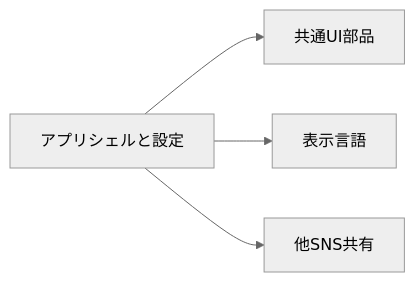
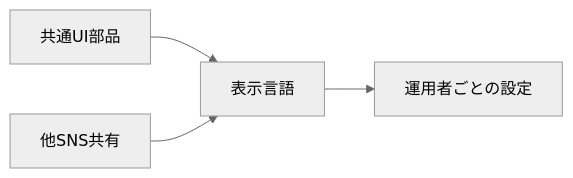
One commit to nekono-dev/skyshare changed the first of 3 diagrams in docs/architecture/common-ui.md. Above: the diagram before and after it, drawn with Mermaid (neutral theme). The commit also changed other lines of this file and 165 other files, not shown here.

````diff
--- a/docs/architecture/common-ui.md
+++ b/docs/architecture/common-ui.md
@@ -23,6 +22,6 @@
 ```mermaid
 flowchart LR
-  shell["アプリシェルと設定"] --> ui["共通UI部品"]
-  shell --> i18n["表示言語"]
-  shell --> share["他SNS共有"]
+  ui["共通UI部品"] --> i18n["表示言語"]
+  share["他SNS共有"] --> i18n
+  i18n --> site["運用者ごとの設定"]
 ```
````
